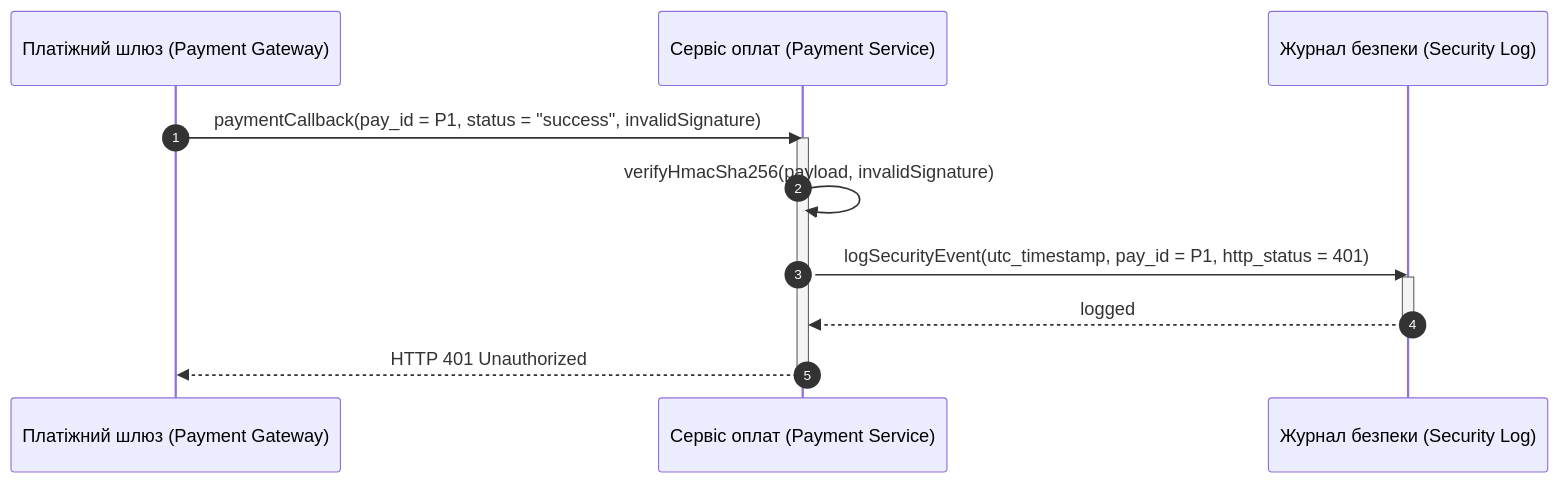
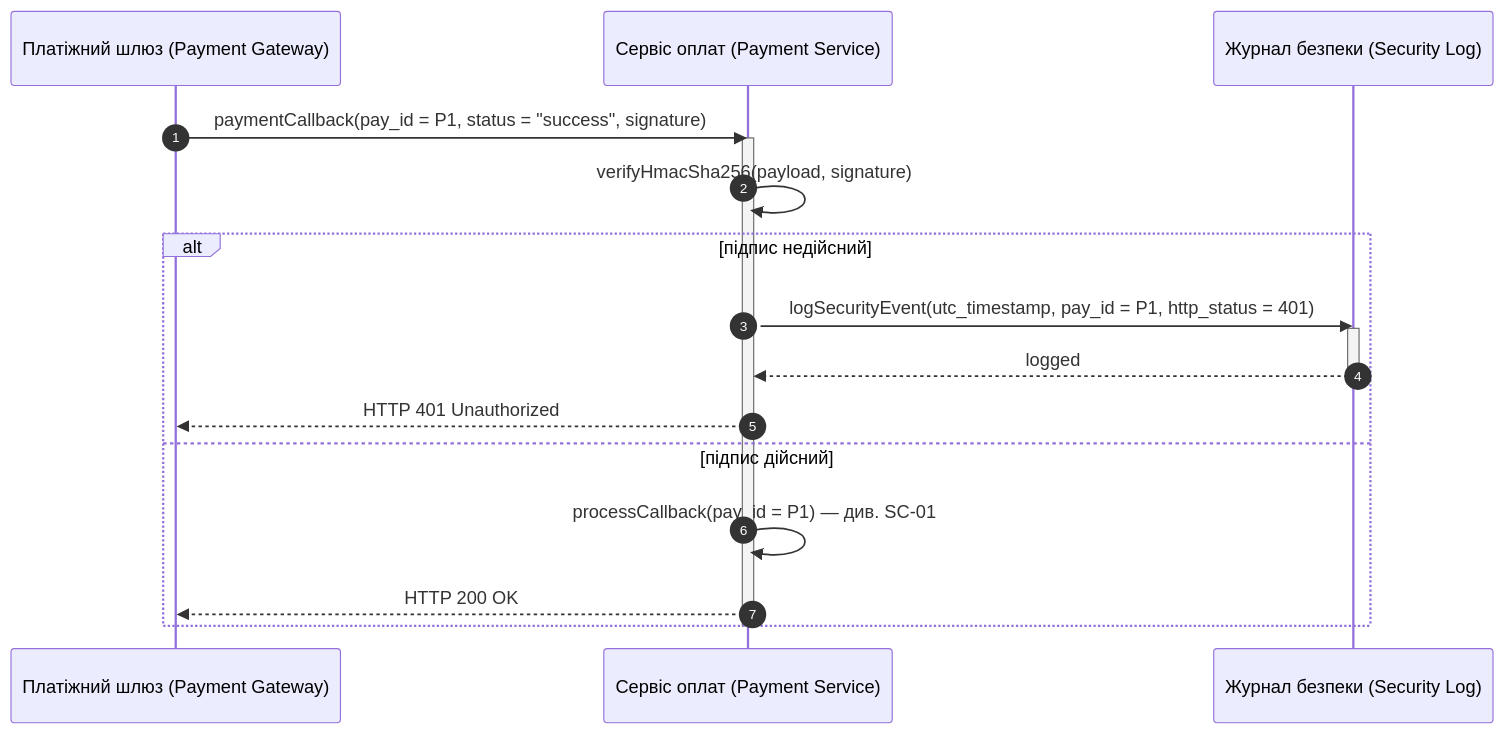
One commit to hutnichs/KPI_MAVPZ changed the tenth of 15 diagrams in Lab3/diagram.md. Above: the diagram before and after it, drawn with Mermaid. The commit also changed other lines of this file, not shown here.

Commit message:
Refactor payment flow and update details

````diff
--- a/Lab3/diagram.md
+++ b/Lab3/diagram.md
@@ -307,17 +343,22 @@
 ```mermaid
 sequenceDiagram
     autonumber
     participant PGW as Платіжний шлюз (Payment Gateway)
     participant PS as Сервіс оплат (Payment Service)
     participant SecLog as Журнал безпеки (Security Log)
 
-    PGW->>PS: paymentCallback(pay_id = P1, status = "success", invalidSignature)
+    PGW->>PS: paymentCallback(pay_id = P1, status = "success", signature)
     activate PS
-    PS->>PS: verifyHmacSha256(payload, invalidSignature)
-    PS->>SecLog: logSecurityEvent(utc_timestamp, pay_id = P1, http_status = 401)
-    activate SecLog
-    SecLog-->>PS: logged
-    deactivate SecLog
-    PS-->>PGW: HTTP 401 Unauthorized
+    PS->>PS: verifyHmacSha256(payload, signature)
+    alt підпис недійсний
+        PS->>SecLog: logSecurityEvent(utc_timestamp, pay_id = P1, http_status = 401)
+        activate SecLog
+        SecLog-->>PS: logged
+        deactivate SecLog
+        PS-->>PGW: HTTP 401 Unauthorized
+    else підпис дійсний
+        PS->>PS: processCallback(pay_id = P1) — див. SC-01
+        PS-->>PGW: HTTP 200 OK
+    end
     deactivate PS
 ```
````
